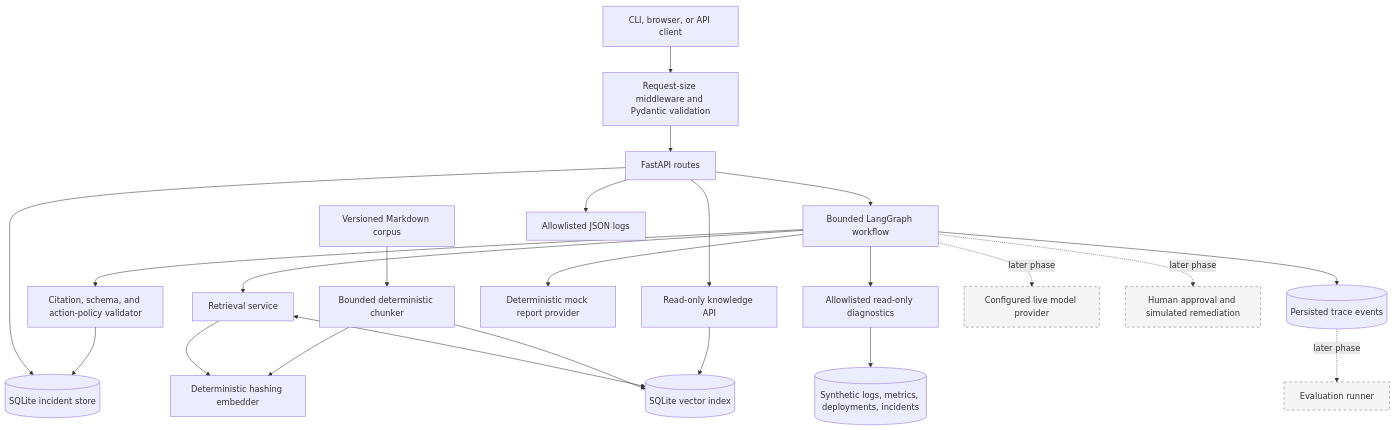
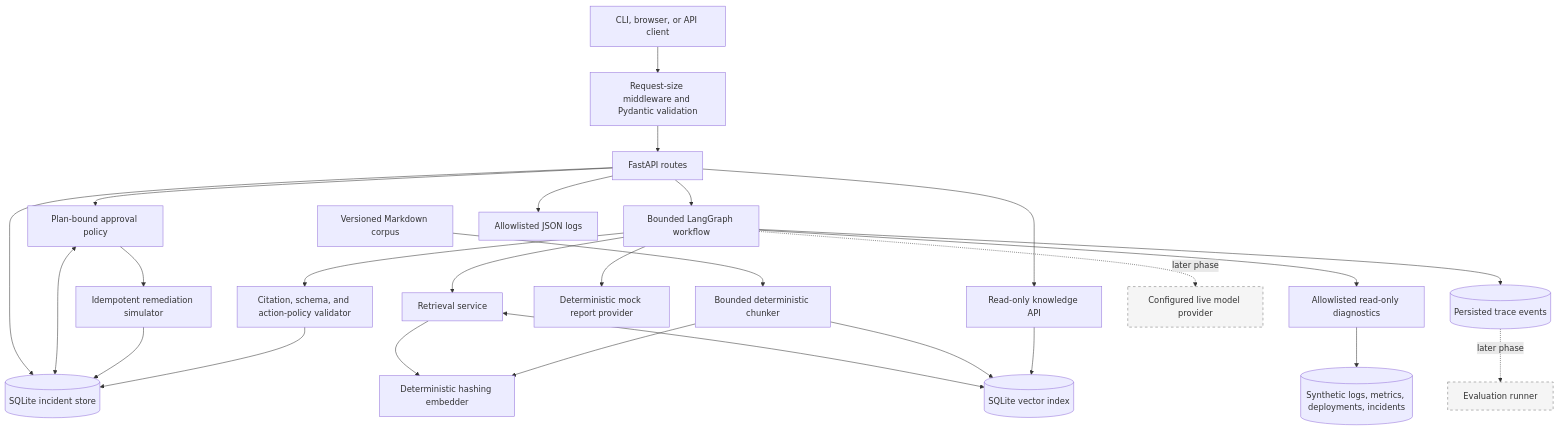
Before and after one commit to SahilPatil07/agentops-sentinel: the first of 3 diagrams in amd_agentic_digital_worker_prd_pack/amd_agentic_digital_worker_prd_pack/02_ARCHITECTURE.md, drawn with Mermaid. The commit also changed other lines of this file and 17 other files, not shown here.

Commit message:
Add guarded simulated remediation approvals

````diff
--- a/amd_agentic_digital_worker_prd_pack/amd_agentic_digital_worker_prd_pack/02_ARCHITECTURE.md
+++ b/amd_agentic_digital_worker_prd_pack/amd_agentic_digital_worker_prd_pack/02_ARCHITECTURE.md
@@ -8,35 +8,37 @@
 ```mermaid
 flowchart TB
     Client[CLI, browser, or API client] --> Boundary[Request-size middleware and Pydantic validation]
     Boundary --> API[FastAPI routes]
 
     API --> IncidentStore[(SQLite incident store)]
     API --> Workflow[Bounded LangGraph workflow]
     API --> KnowledgeAPI[Read-only knowledge API]
+    API --> Approval[Plan-bound approval policy]
+    Approval --> Simulator[Idempotent remediation simulator]
+    Approval <--> IncidentStore
+    Simulator --> IncidentStore
 
     Workflow --> Retrieval[Retrieval service]
     Retrieval --> Embedder[Deterministic hashing embedder]
     Retrieval <--> VectorStore[(SQLite vector index)]
     Corpus[Versioned Markdown corpus] --> Chunker[Bounded deterministic chunker]
     Chunker --> Embedder
     Chunker --> VectorStore
 
     Workflow --> Tools[Allowlisted read-only diagnostics]
     Tools --> Fixtures[(Synthetic logs, metrics, deployments, incidents)]
     Workflow --> Provider[Deterministic mock report provider]
     Workflow --> Validator[Citation, schema, and action-policy validator]
     Validator --> IncidentStore
     Workflow --> Trace[(Persisted trace events)]
 
     KnowledgeAPI --> VectorStore
     API --> Logs[Allowlisted JSON logs]
 
     RealProvider[Configured live model provider]:::planned
-    Approval[Human approval and simulated remediation]:::planned
     Evaluation[Evaluation runner]:::planned
     Workflow -. later phase .-> RealProvider
-    Workflow -. later phase .-> Approval
     Trace -. later phase .-> Evaluation
 
     classDef planned fill:#f5f5f5,stroke:#777,stroke-dasharray:5 5,color:#333;
 ```
````
